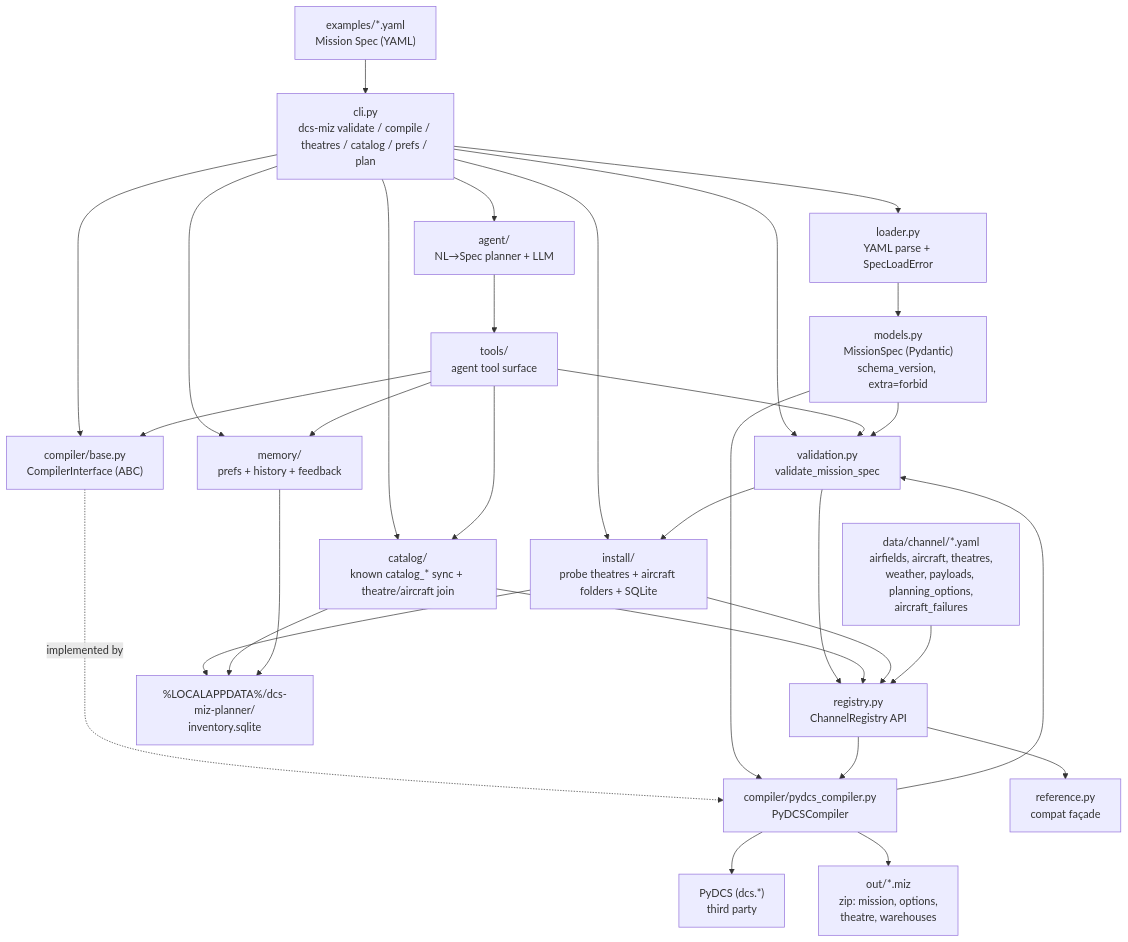
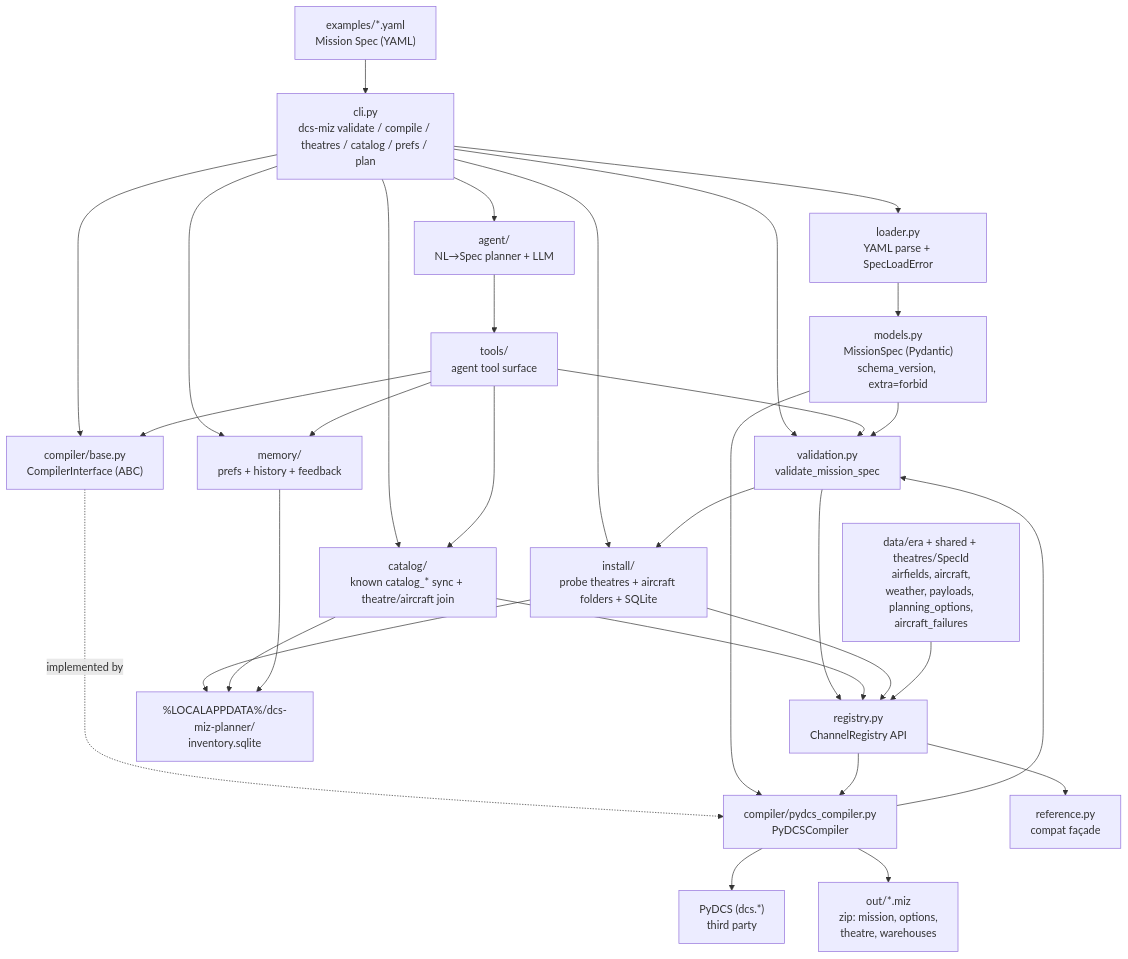
The first of 2 diagrams in docs/ARCHITECTURE.md (amalaguti/dcs-miz-planner-agentic), drawn with Mermaid before and after one commit. The commit also changed other lines of this file and 46 other files, not shown here.

First line of the commit message:
Split packaged registry into era, shared, and per-theatre YAML.

````diff
--- a/docs/ARCHITECTURE.md
+++ b/docs/ARCHITECTURE.md
@@ -12,50 +12,50 @@
 ```mermaid
 flowchart TD
     yaml["examples/*.yaml<br/>Mission Spec (YAML)"]
     cli["cli.py<br/>dcs-miz validate / compile / theatres / catalog / prefs / plan"]
     loader["loader.py<br/>YAML parse + SpecLoadError"]
     models["models.py<br/>MissionSpec (Pydantic)<br/>schema_version, extra=forbid"]
     validation["validation.py<br/>validate_mission_spec"]
     base["compiler/base.py<br/>CompilerInterface (ABC)"]
     pydcs["compiler/pydcs_compiler.py<br/>PyDCSCompiler"]
     registry["registry.py<br/>ChannelRegistry API"]
-    data["data/channel/*.yaml<br/>airfields, aircraft, theatres,<br/>weather, payloads, planning_options,<br/>aircraft_failures"]
+    data["data/era + shared + theatres/SpecId<br/>airfields, aircraft,<br/>weather, payloads, planning_options,<br/>aircraft_failures"]
     catalog["catalog/<br/>known catalog_* sync + theatre/aircraft join"]
     tools["tools/<br/>agent tool surface"]
     agent["agent/<br/>NL→Spec planner + LLM"]
     install["install/<br/>probe theatres + aircraft folders + SQLite"]
     memory["memory/<br/>prefs + history + feedback"]
     invdb["%LOCALAPPDATA%/dcs-miz-planner/<br/>inventory.sqlite"]
     ref["reference.py<br/>compat façade"]
     lib["PyDCS (dcs.*)<br/>third party"]
     miz["out/*.miz<br/>zip: mission, options,<br/>theatre, warehouses"]
 
     yaml --> cli --> loader --> models
     cli --> validation
     cli --> base
     cli --> install
     cli --> catalog
     cli --> agent
     cli --> memory
     agent --> tools
     tools --> catalog
     tools --> memory
     tools --> validation
     tools --> base
     models --> validation
     validation --> registry
     validation --> install
     install --> invdb
     catalog --> invdb
     memory --> invdb
     catalog --> registry
     install --> registry
     base -.implemented by.-> pydcs
     models --> pydcs
     pydcs --> validation
     data --> registry
     registry --> pydcs
     registry --> ref
     pydcs --> lib
     pydcs --> miz
 ```
````
